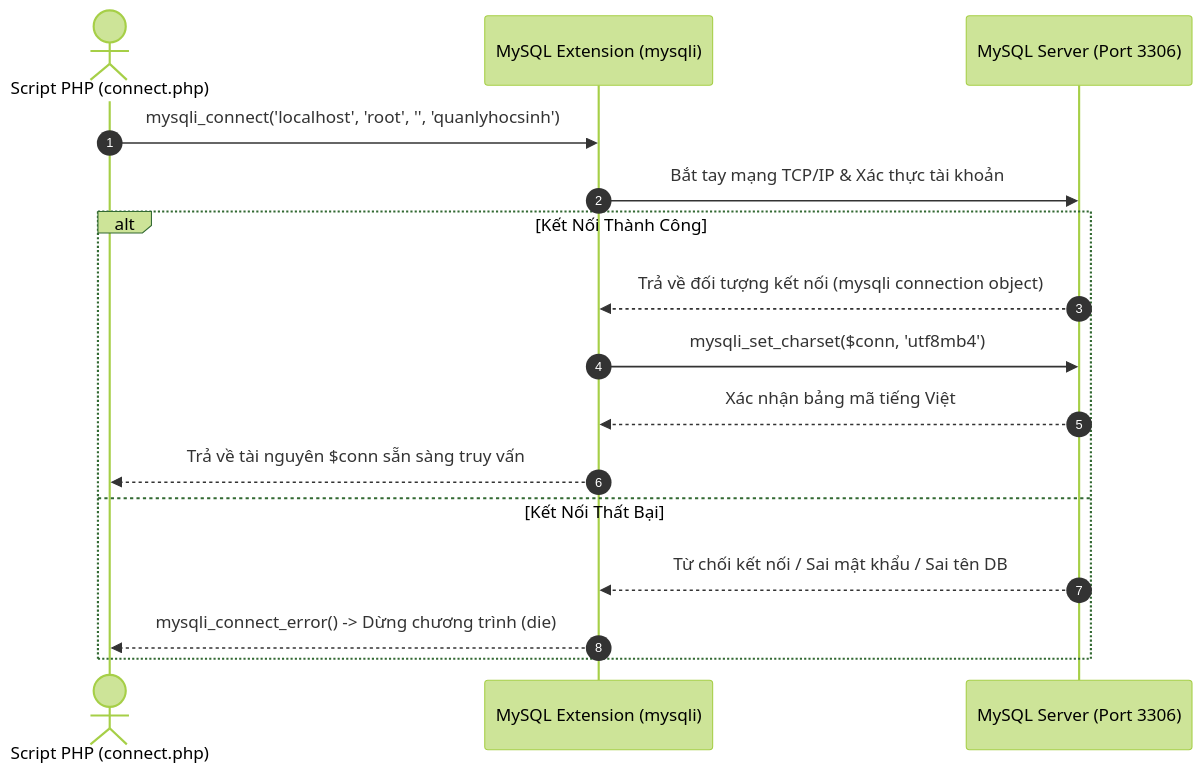
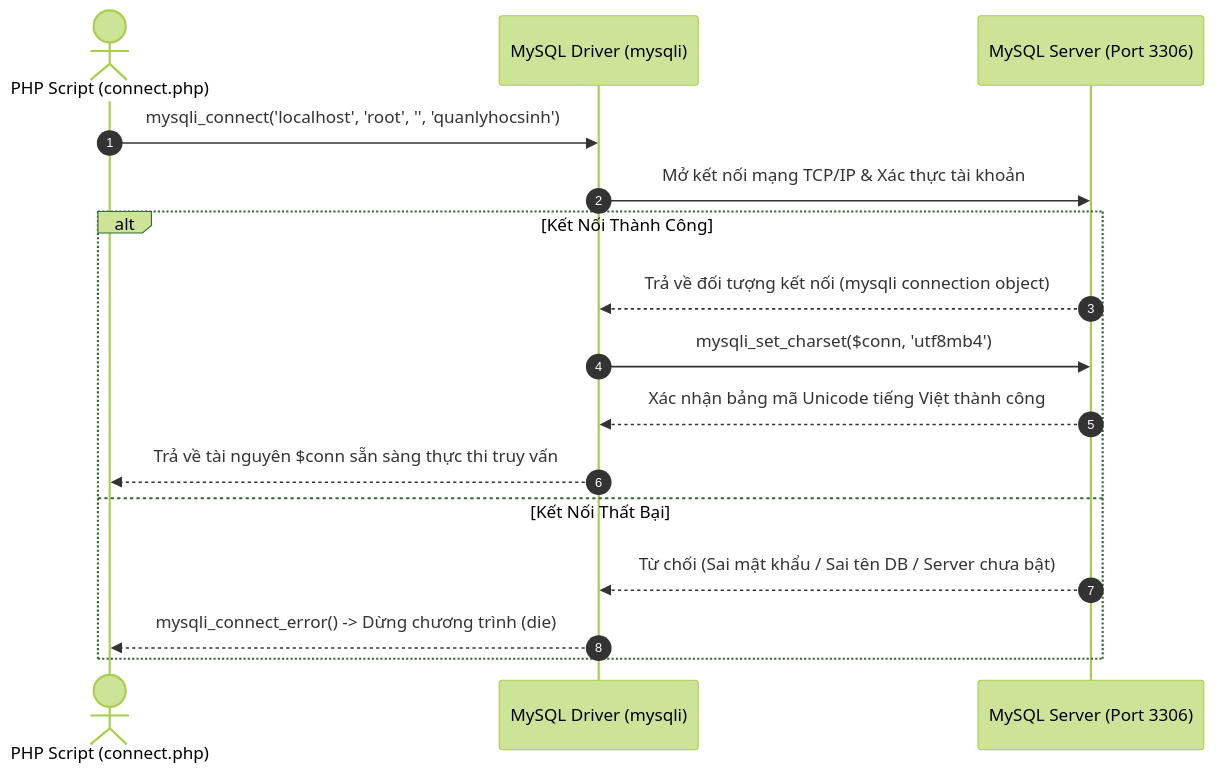
Before and after one commit to penguino7/WebPhp: the first of 2 diagrams in docs/06_Ket_Noi_va_Truy_Van_CSDL_MySQL.md, drawn with Mermaid (forest theme). The commit also changed other lines of this file and 12 other files, not shown here.

````diff
--- a/docs/06_Ket_Noi_va_Truy_Van_CSDL_MySQL.md
+++ b/docs/06_Ket_Noi_va_Truy_Van_CSDL_MySQL.md
@@ -130,19 +152,19 @@
 ```mermaid
 sequenceDiagram
     autonumber
-    actor Script as Script PHP (connect.php)
-    participant Engine as MySQL Extension (mysqli)
+    actor Script as PHP Script (connect.php)
+    participant Engine as MySQL Driver (mysqli)
     participant DB as MySQL Server (Port 3306)
 
     Script->>Engine: mysqli_connect('localhost', 'root', '', 'quanlyhocsinh')
-    Engine->>DB: Bắt tay mạng TCP/IP & Xác thực tài khoản
+    Engine->>DB: Mở kết nối mạng TCP/IP & Xác thực tài khoản
     alt Kết Nối Thành Công
         DB-->>Engine: Trả về đối tượng kết nối (mysqli connection object)
         Engine->>DB: mysqli_set_charset($conn, 'utf8mb4')
-        DB-->>Engine: Xác nhận bảng mã tiếng Việt
-        Engine-->>Script: Trả về tài nguyên $conn sẵn sàng truy vấn
+        DB-->>Engine: Xác nhận bảng mã Unicode tiếng Việt thành công
+        Engine-->>Script: Trả về tài nguyên $conn sẵn sàng thực thi truy vấn
     else Kết Nối Thất Bại
-        DB-->>Engine: Từ chối kết nối / Sai mật khẩu / Sai tên DB
+        DB-->>Engine: Từ chối (Sai mật khẩu / Sai tên DB / Server chưa bật)
         Engine-->>Script: mysqli_connect_error() -> Dừng chương trình (die)
     end
 ```
````
